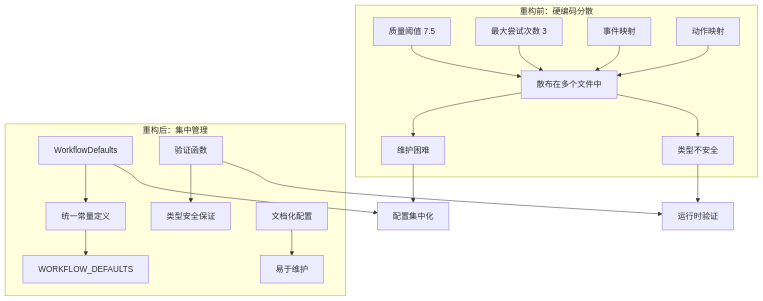
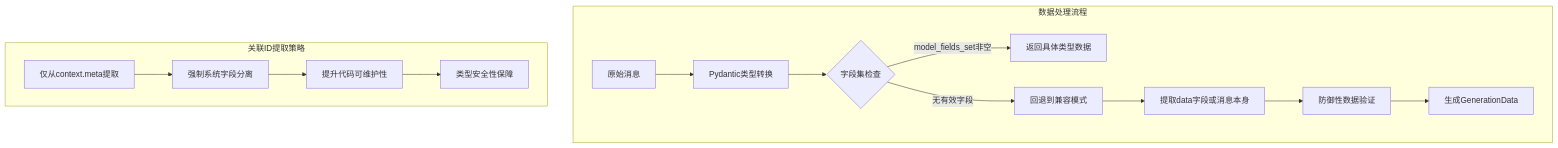
Before and after one commit to zhiyue/infinite-scribe: diagram 53 of 57 in apps/backend/src/agents/orchestrator/README.md, drawn with Mermaid. The commit also changed other lines of this file, not shown here.

````diff
--- a/apps/backend/src/agents/orchestrator/README.md
+++ b/apps/backend/src/agents/orchestrator/README.md
@@ -3318,23 +3326,18 @@
 ```mermaid
 graph TD
-    subgraph "重构前：硬编码分散"
-        A[质量阈值 7.5] --> B[散布在多个文件中]
-        C[最大尝试次数 3] --> B
-        D[事件映射] --> B
-        E[动作映射] --> B
-        B --> F[维护困难]
-        B --> G[类型不安全]
+    subgraph "数据处理流程"
+        A[原始消息] --> B[Pydantic类型转换]
+        B --> C{字段集检查}
+        C -->|model_fields_set非空| D[返回具体类型数据]
+        C -->|无有效字段| E[回退到兼容模式]
+        E --> F[提取data字段或消息本身]
+        F --> G[防御性数据验证]
+        G --> H[生成GenerationData]
     end
     
-    subgraph "重构后：集中管理"
-        H[WorkflowDefaults] --> I[统一常量定义]
-        J[验证函数] --> K[类型安全保证]
-        L[文档化配置] --> M[易于维护]
-        I --> N[WORKFLOW_DEFAULTS]
+    subgraph "关联ID提取策略"
+        I[仅从context.meta提取] --> J[强制系统字段分离]
+        J --> K[提升代码可维护性]
+        K --> L[类型安全性保障]
     end
-    
-    F --> O[配置集中化]
-    G --> P[运行时验证]
-    H --> O
-    J --> P
 ```
````
